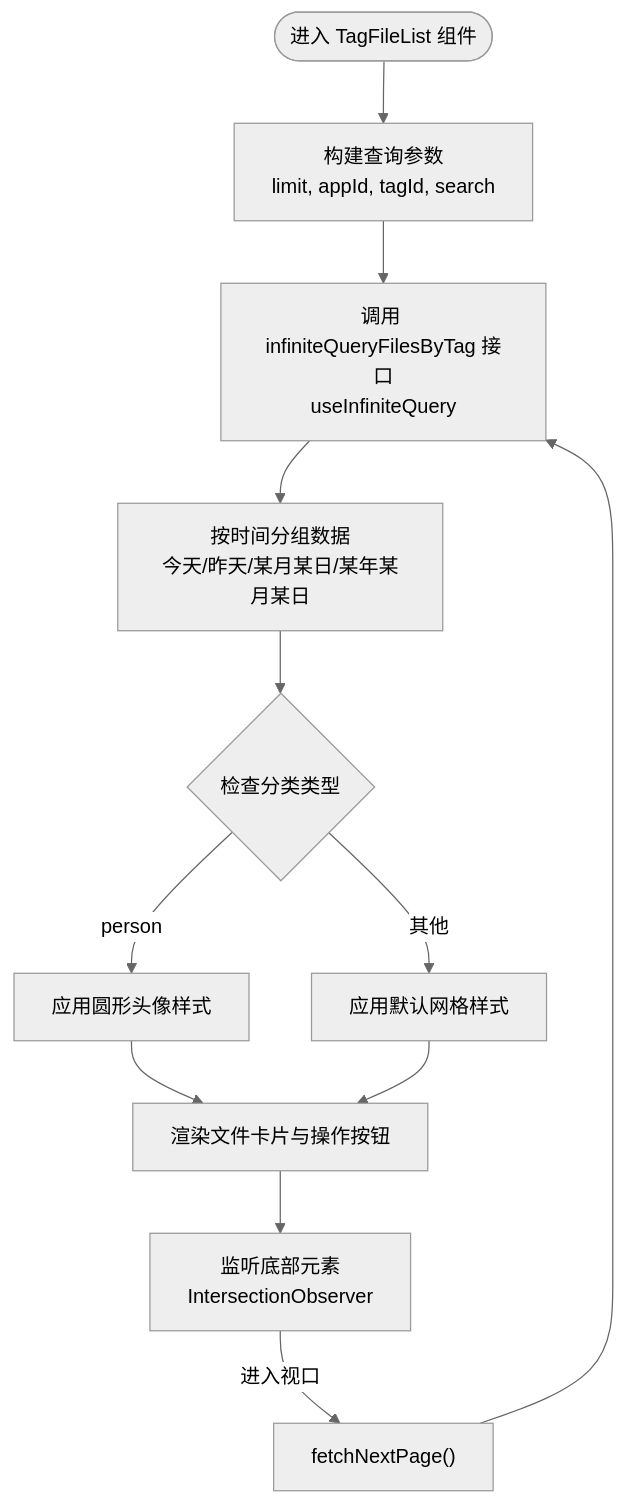
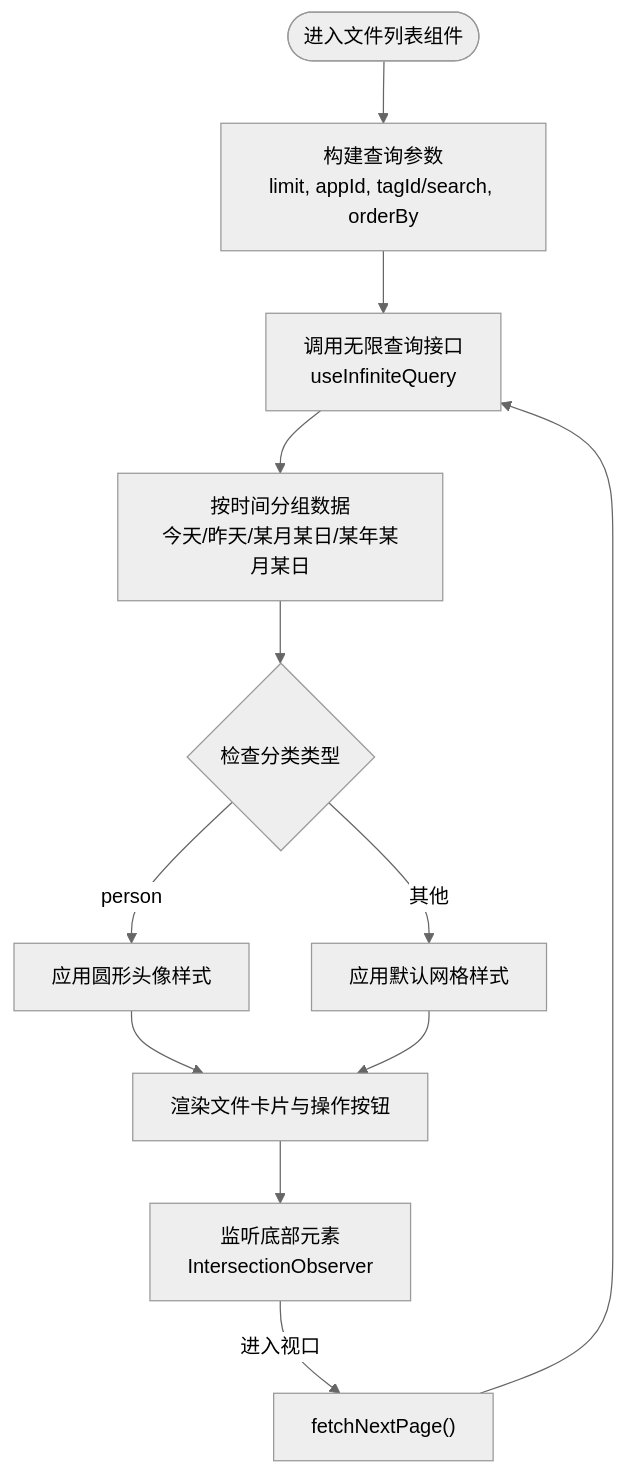
Before and after one commit to RadiumAg/image-saas: the seventh of 10 diagrams in .qoder/repowiki/zh/content/核心功能模块/文件管理系统/文件管理系统.md, drawn with Mermaid (neutral theme). The commit also changed other lines of this file and 60 other files, not shown here.

````diff
--- a/.qoder/repowiki/zh/content/核心功能模块/文件管理系统/文件管理系统.md
+++ b/.qoder/repowiki/zh/content/核心功能模块/文件管理系统/文件管理系统.md
@@ -356,14 +372,14 @@
 ```mermaid
 flowchart TD
-Start(["进入 TagFileList 组件"]) --> BuildQuery["构建查询参数<br/>limit, appId, tagId, search"]
-BuildQuery --> FetchPage["调用 infiniteQueryFilesByTag 接口<br/>useInfiniteQuery"]
+Start(["进入文件列表组件"]) --> BuildQuery["构建查询参数<br/>limit, appId, tagId/search, orderBy"]
+BuildQuery --> FetchPage["调用无限查询接口<br/>useInfiniteQuery"]
 FetchPage --> GroupData["按时间分组数据<br/>今天/昨天/某月某日/某年某月某日"]
 GroupData --> CheckVariant{"检查分类类型"}
 CheckVariant --> |person| PersonStyle["应用圆形头像样式"]
 CheckVariant --> |其他| DefaultStyle["应用默认网格样式"]
 PersonStyle --> Render["渲染文件卡片与操作按钮"]
 DefaultStyle --> Render
 Render --> Observe["监听底部元素<br/>IntersectionObserver"]
 Observe --> |进入视口| FetchNext["fetchNextPage()"]
 FetchNext --> FetchPage
 ```
````
